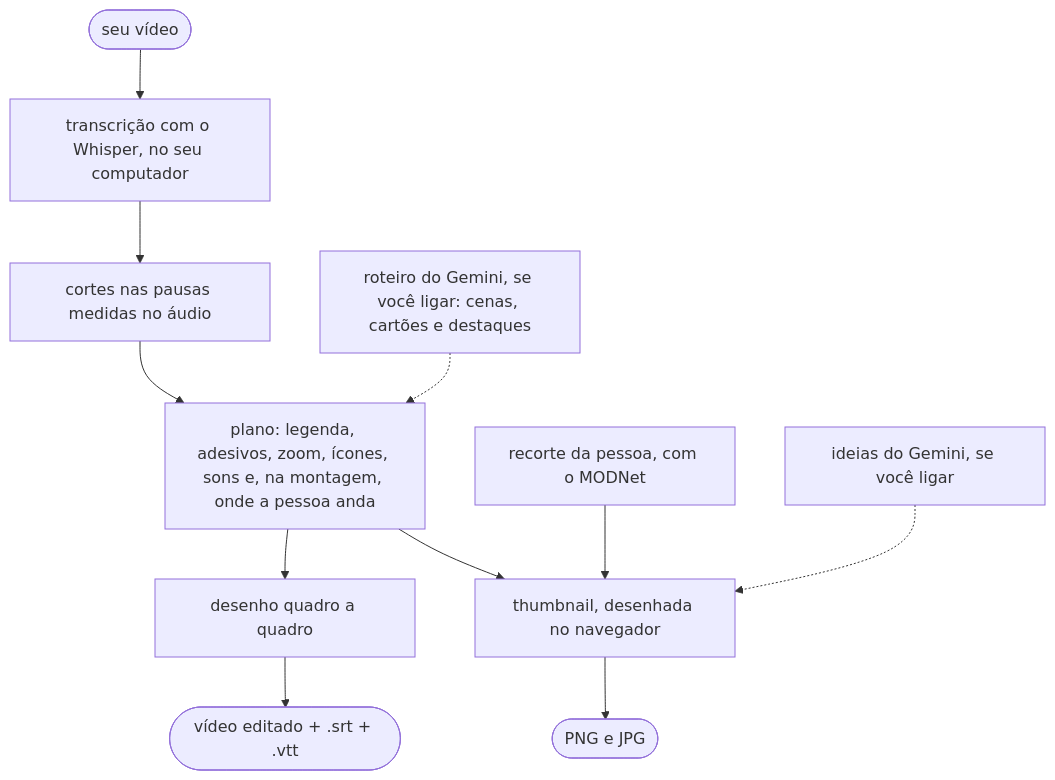
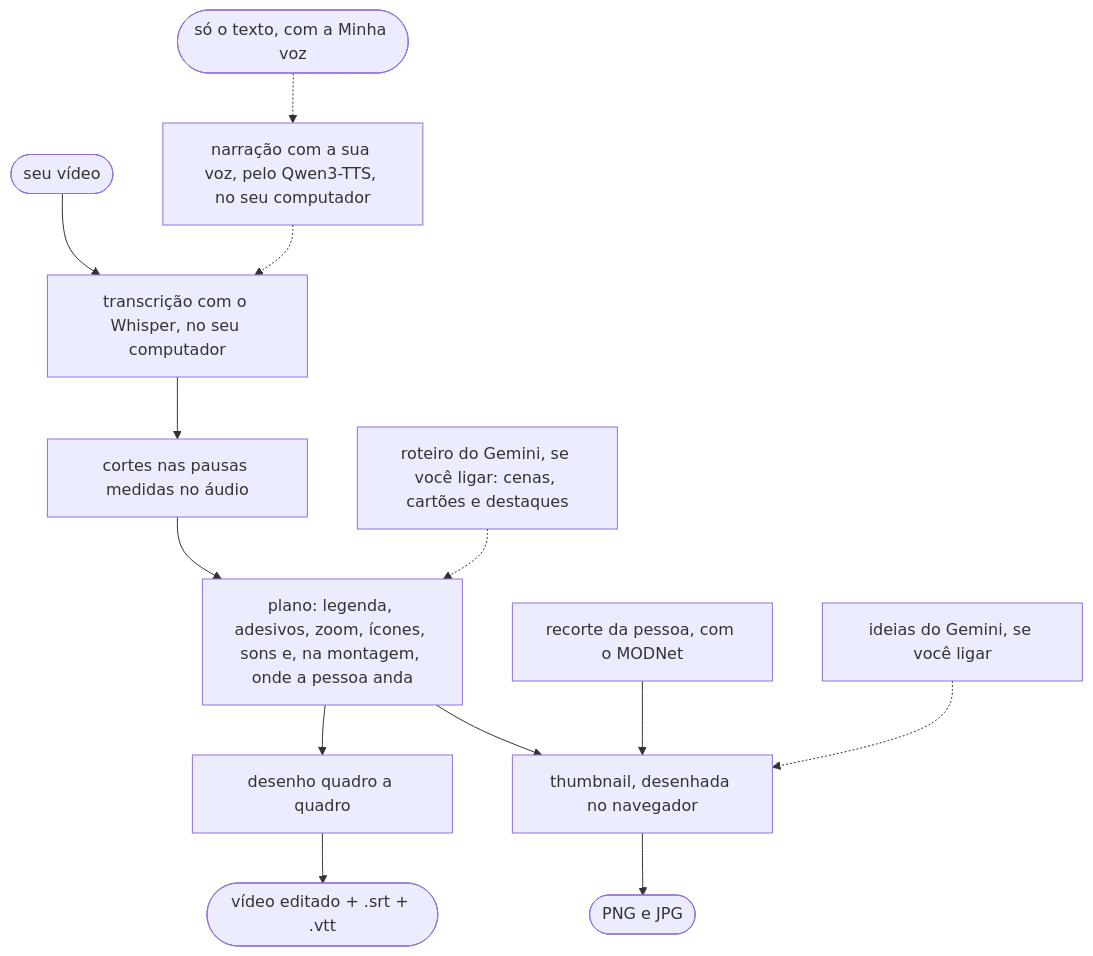
One commit to lucasteles1231/editor-de-video changed the diagram in README.md. Above: the diagram before and after it, drawn with Mermaid. The commit also changed other lines of this file and 33 other files, not shown here.

````diff
--- a/README.md
+++ b/README.md
@@ -885,13 +1013,15 @@
 ```mermaid
 flowchart TD
     V([seu vídeo]) --> W[transcrição com o Whisper, no seu computador]
     W --> C[cortes nas pausas medidas no áudio]
     C --> P[plano: legenda, adesivos, zoom, ícones, sons e, na montagem, onde a pessoa anda]
     P --> D[desenho quadro a quadro]
     P --> T[thumbnail, desenhada no navegador]
     R[recorte da pessoa, com o MODNet] --> T
     G[ideias do Gemini, se você ligar] -.-> T
     R2[roteiro do Gemini, se você ligar: cenas, cartões e destaques] -.-> P
+    N([só o texto, com a Minha voz]) -.-> Q[narração com a sua voz, pelo Qwen3-TTS, no seu computador]
+    Q -.-> W
     D --> S([vídeo editado + .srt + .vtt])
     T --> I([PNG e JPG])
 ```
````
